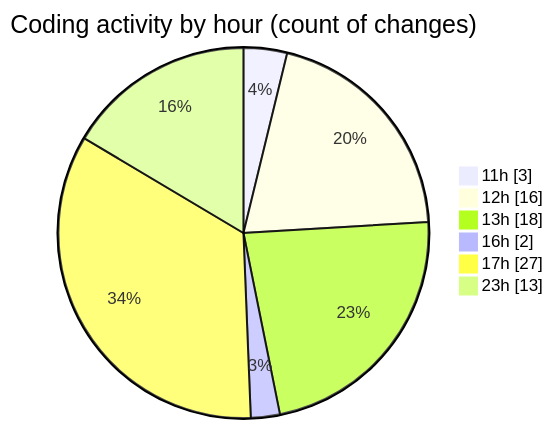
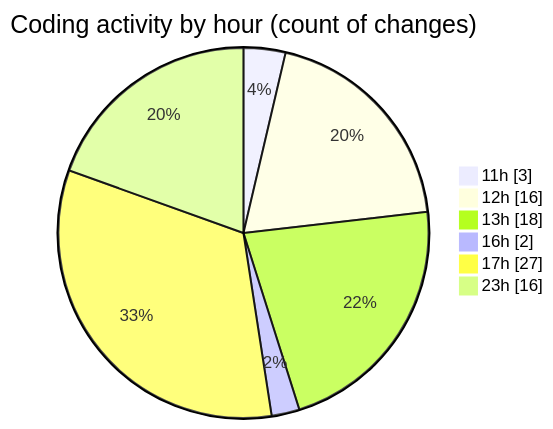
The second of 2 diagrams in 2025-06-03/nxtqube_webapp/README.md (nxtqubesakshisongat/code-tracking), drawn with Mermaid before and after one commit. The commit also changed other lines of this file and 1 other file, not shown here.

````diff
--- a/2025-06-03/nxtqube_webapp/README.md
+++ b/2025-06-03/nxtqube_webapp/README.md
@@ -30,10 +30,10 @@
 ```mermaid
 pie showData
 title Coding activity by hour (count of changes)
 "11h" : 3
 "12h" : 16
 "13h" : 18
 "16h" : 2
 "17h" : 27
-"23h" : 13
+"23h" : 16
 ```
````
